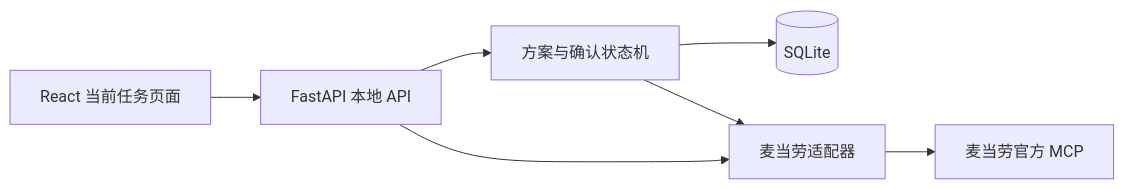
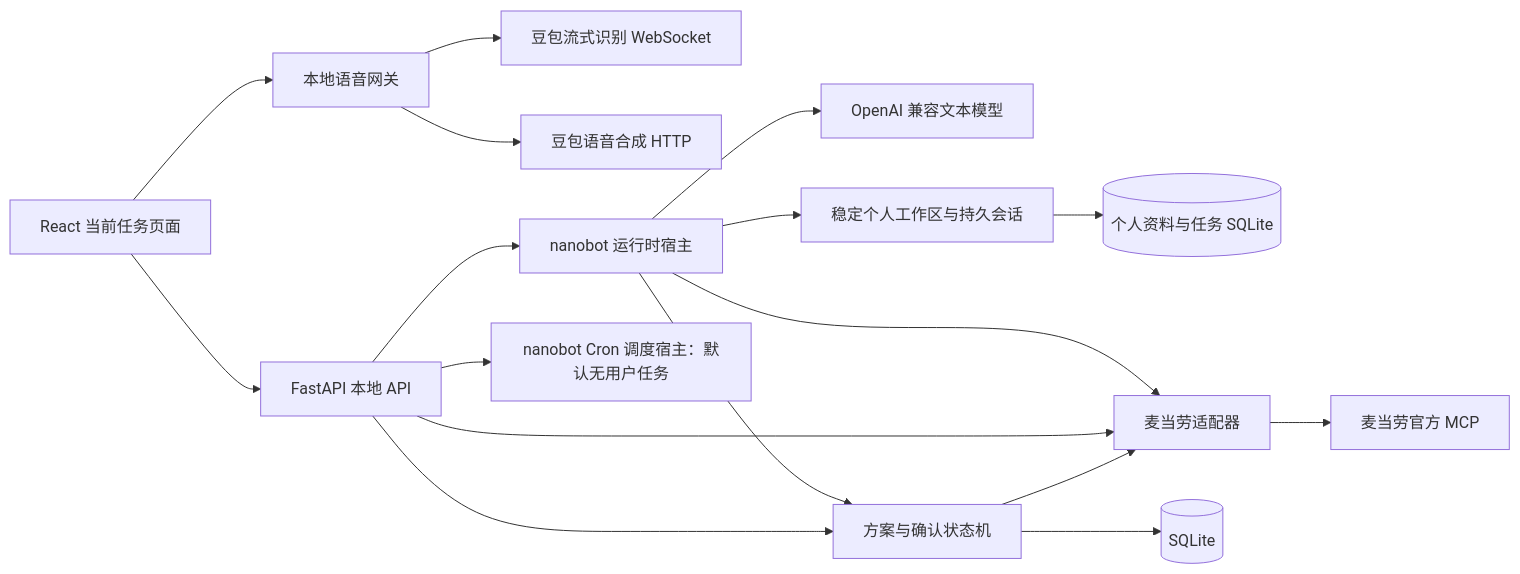
One commit to kevinguo0351/xiaorui changed the diagram in ARCHITECTURE.md. Above: the diagram before and after it, drawn with Mermaid. The commit also changed other lines of this file and 75 other files, not shown here.

Commit message:
Integrate agent runtime, recommendations, voice, and persistent foundation

````diff
--- a/ARCHITECTURE.md
+++ b/ARCHITECTURE.md
@@ -7,9 +7,19 @@
 ```mermaid
 flowchart LR
     UI[React 当前任务页面] --> API[FastAPI 本地 API]
+    UI --> Voice[本地语音网关]
+    Voice --> ASR[豆包流式识别 WebSocket]
+    Voice --> TTS[豆包语音合成 HTTP]
+    API --> Agent[nanobot 运行时宿主]
+    Agent --> LLM[OpenAI 兼容文本模型]
+    Agent --> Foundation[稳定个人工作区与持久会话]
+    Foundation --> State[(个人资料与任务 SQLite)]
+    API --> Scheduler[nanobot Cron 调度宿主：默认无用户任务]
+    Agent --> MCP
+    Agent --> Plans
     API --> Plans[方案与确认状态机]
     Plans --> DB[(SQLite)]
     API --> MCP[麦当劳适配器]
     Plans --> MCP
     MCP --> Official[麦当劳官方 MCP]
 ```
````
